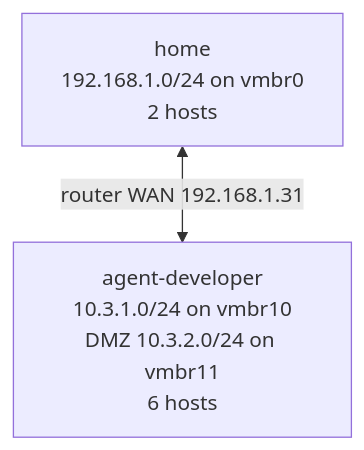
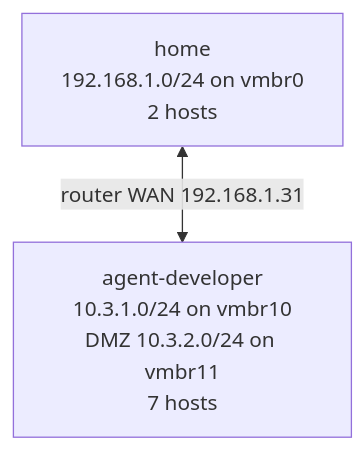
One commit to mwgolden/nixos changed the diagram in docs/network-diagrams/README.md. Above: the diagram before and after it, drawn with Mermaid. The commit also changed other lines of this file and 2 other files, not shown here.

Commit message:
update network

````diff
--- a/docs/network-diagrams/README.md
+++ b/docs/network-diagrams/README.md
@@ -10,6 +10,6 @@
 ```mermaid
 flowchart TB
-    n_agent_developer["agent-developer<br/>10.3.1.0/24 on vmbr10<br/>DMZ 10.3.2.0/24 on vmbr11<br/>6 hosts"]
+    n_agent_developer["agent-developer<br/>10.3.1.0/24 on vmbr10<br/>DMZ 10.3.2.0/24 on vmbr11<br/>7 hosts"]
     n_home["home<br/>192.168.1.0/24 on vmbr0<br/>2 hosts"]
     n_home <-->|"router WAN 192.168.1.31"| n_agent_developer
 ```
````
